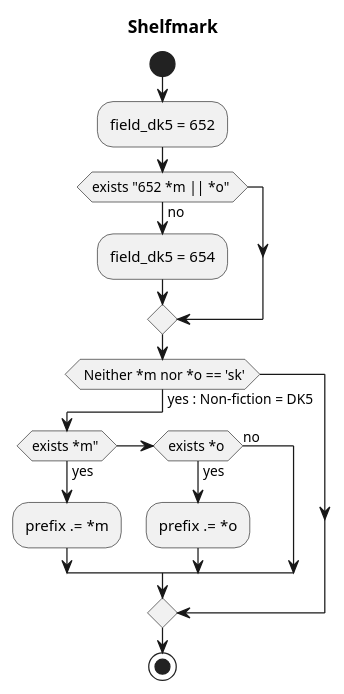
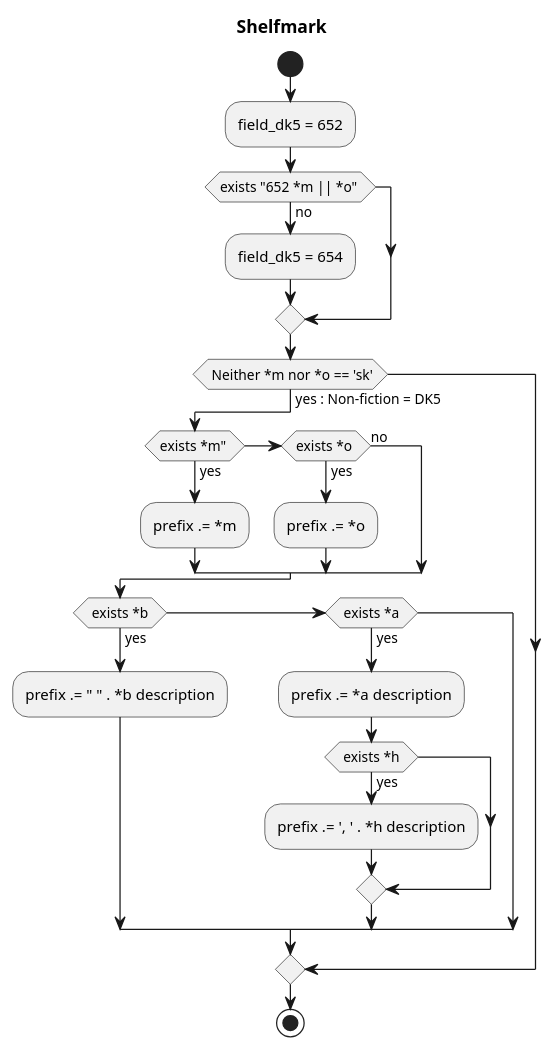
One commit to danskernesdigitalebibliotek/plantuml changed the diagram in docs/react/localisation/shelfmark2.puml. Above: the diagram before and after it, drawn with PlantUML.

```diff
--- a/docs/react/localisation/shelfmark2.puml
+++ b/docs/react/localisation/shelfmark2.puml
@@ -1,46 +1,80 @@
 @startuml
 title Shelfmark
 
 ' Skinparams '
 skinparam monochrome true
 'skinparam handwritten true
 
 ' Participants
 start
 /'
         // Look for the marc field to get DK5 classification from. We require
         // that either 'm' or 'o' subfield is present and prefer 652. If this is
         // not the case we'll try the outdated marc field 654 for DK5.
         $field_dk5 = fbs_get_marc_field($entity, '652');
         if (empty($field_dk5['m']) && empty($field_dk5['o'])) {
           $field_dk5 = fbs_get_marc_field($entity, '654');
         }
 '/
 ':Set empty $prefix
 :field_dk5 = 652;
 if (exists "652 *m || *o" ) then (no)
     :field_dk5 = 654;
 endif
 
 
 /'
         // Non-fiction: Look for the 'sk' marker in both 'm' and 'o' subfield.
         // If it's not present in any of these, we consider the material be to
         // be non-fiction and we should use the special prefix for non-fiction
         // materials.
         if ($field_dk5_m !== 'sk' && $field_dk5_o !== 'sk') {
 '/
 
 'if ( *m !== 'sk' \n&& *o !== 'sk') then (yes : Non-fiction)
 if ( Neither *m nor *o == 'sk') then (yes : Non-fiction = DK5)
     if (exists *m" ) then (yes)
         :prefix .= *m;
     elseif (exists *o ) then (yes)
         :prefix .= *o;
     else (no)
     endif
+/'
+          // Additional descriptors from the DK5 classification. Note that we
+          // ensure to use data from the correct subfields of the field we got
+          // the DK5 classification from.
+          if (!empty($field_dk5['b'][$field_dk5_index])) {
+            $prefix .= ' ' . $field_dk5['b'][$field_dk5_index];
+          }
+          elseif (!empty($field_dk5['a'][$field_dk5_index])) {
+            $prefix .= ' ' . $field_dk5['a'][$field_dk5_index];
+            if (!empty($field_dk5['h'][$field_dk5_index])) {
+              $prefix .= ', ' . $field_dk5['h'][$field_dk5_index];
+            }
+          }
+'/
+    if ( exists *b ) then (yes)
+        :prefix .= " " . *b description;
+    elseif ( exists *a ) then (yes)
+            :prefix .= *a description;
+        if ( exists *h ) then (yes)
+            :prefix .= ', ' . *h description;
+        endif
+    endif
+/'
+        // Music: Field 039.a is present on music materials, so we can use this
+        // is an indicator.
+        elseif ($field039a = fbs_get_marc_field($entity, '039', 'a')) {
+          $prefix .= fbs_translate_marc($field039a, '039.a');
+
+          // We'll also append additional subfields if present.
+          if ($field039b = fbs_get_marc_field($entity, '039', 'b')) {
+            $prefix .= ' ' . fbs_translate_marc($field039b, '039.b');
+          }
+        }
+'/
 
 endif
 
 stop
 @enduml
```
